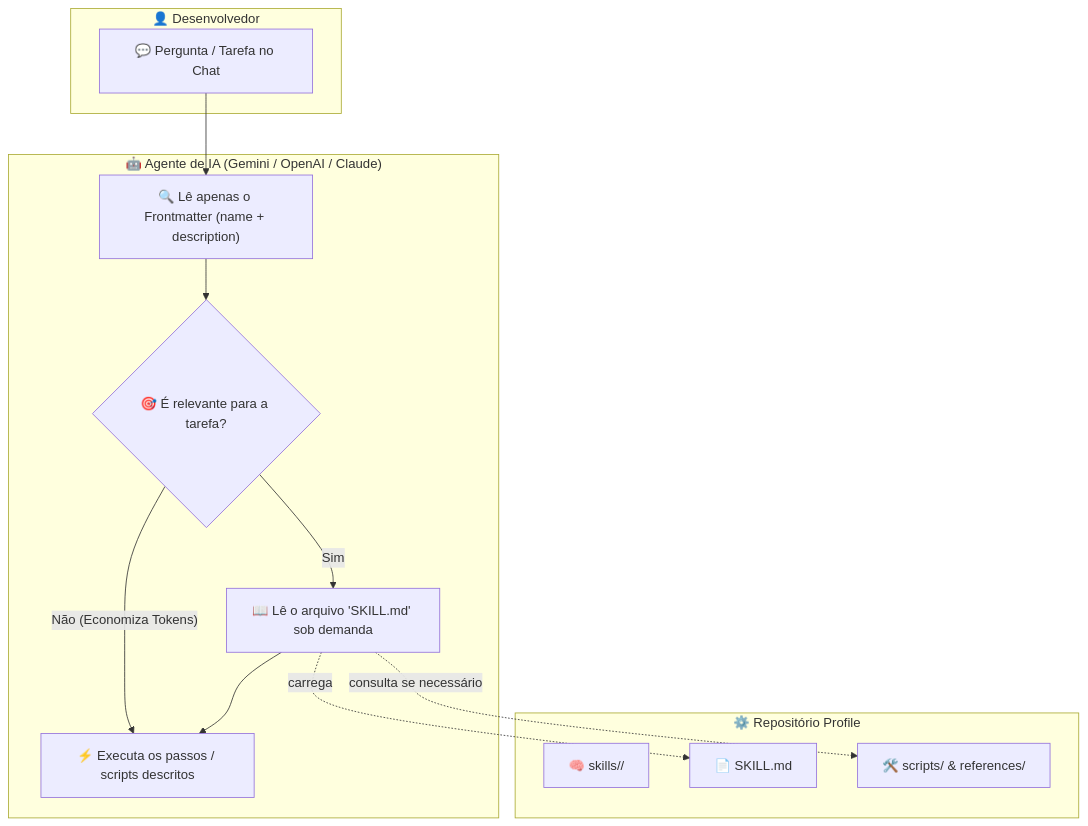
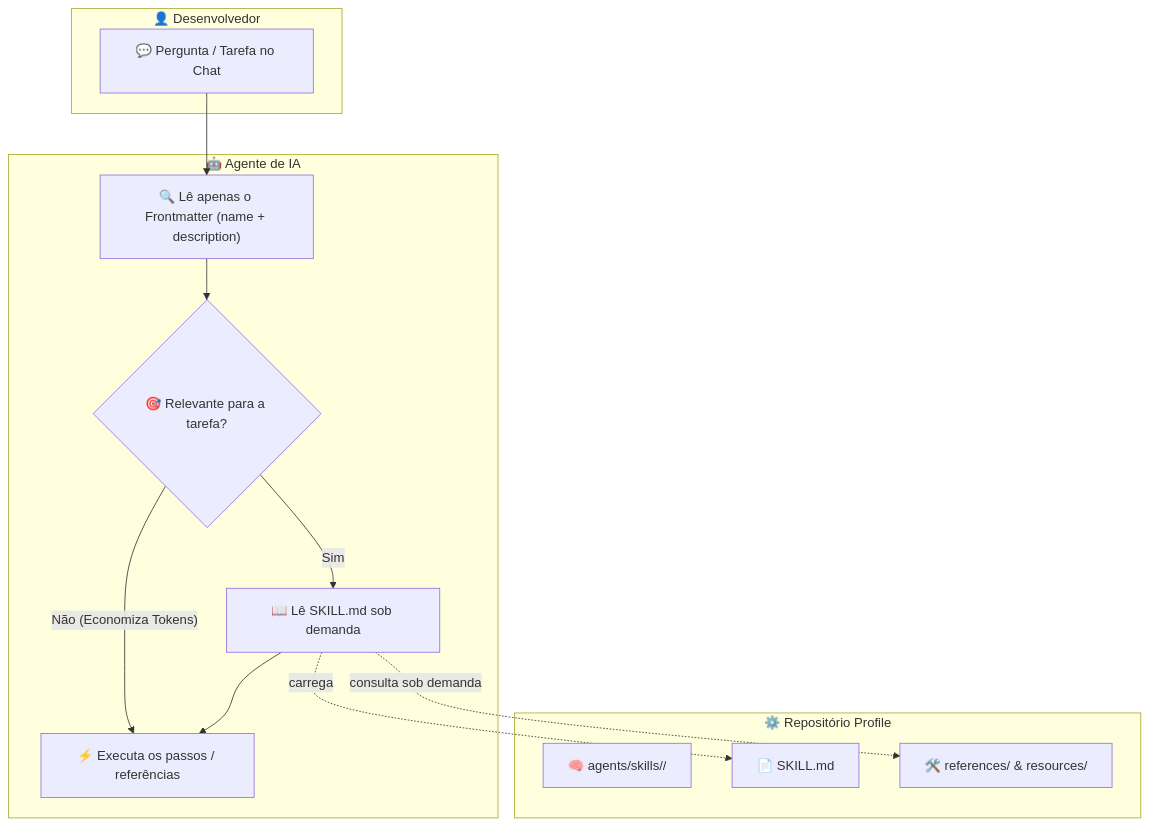
Before and after one commit to GabrielFrigo4/profile: the second of 2 diagrams in agents/README.md, drawn with Mermaid. The commit also changed other lines of this file and 133 other files, not shown here.

````diff
--- a/agents/README.md
+++ b/agents/README.md
@@ -125,27 +100,27 @@
 ```mermaid
 flowchart TD
     subgraph USER ["👤 Desenvolvedor"]
         PROMPT["💬 Pergunta / Tarefa no Chat"]
     end
 
-    subgraph LLM ["🤖 Agente de IA (Gemini / OpenAI / Claude)"]
+    subgraph LLM ["🤖 Agente de IA"]
         METAS["🔍 Lê apenas o Frontmatter (name + description)"]
-        DECIDE{"🎯 É relevante para a tarefa?"}
-        LOAD["📖 Lê o arquivo 'SKILL.md' sob demanda"]
-        EXEC["⚡ Executa os passos / scripts descritos"]
+        DECIDE{"🎯 Relevante para a tarefa?"}
+        LOAD["📖 Lê SKILL.md sob demanda"]
+        EXEC["⚡ Executa os passos / referências"]
     end
 
     subgraph REPO ["⚙️ Repositório Profile"]
-        SKILLS_DIR["🧠 skills/<skill_name>/"]
+        SKILLS_DIR["🧠 agents/skills/<skill_name>/"]
         SKILL_MD["📄 SKILL.md"]
-        SCRIPTS["🛠️ scripts/ & references/"]
+        SCRIPTS["🛠️ references/ & resources/"]
     end
 
     PROMPT --> METAS
     METAS --> DECIDE
     DECIDE -- "Não (Economiza Tokens)" --> EXEC
     DECIDE -- "Sim" --> LOAD
     LOAD -.->|carrega| SKILL_MD
-    LOAD -.->|consulta se necessário| SCRIPTS
+    LOAD -.->|consulta sob demanda| SCRIPTS
     LOAD --> EXEC
 ```
````
